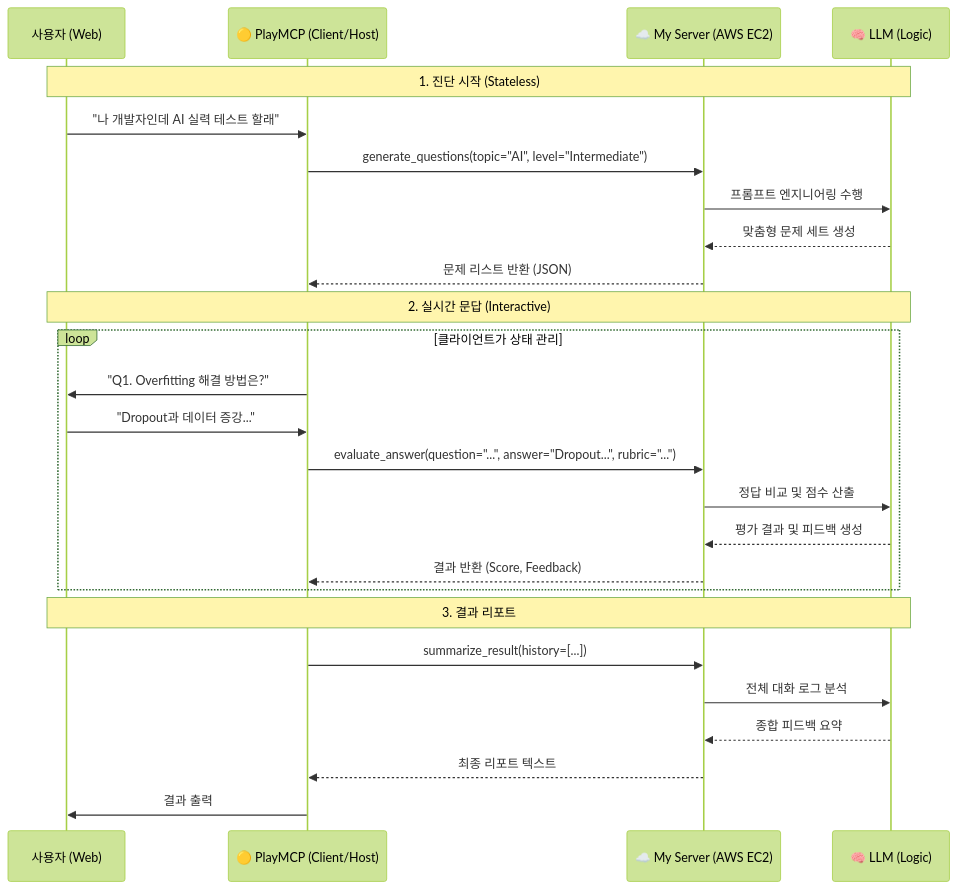
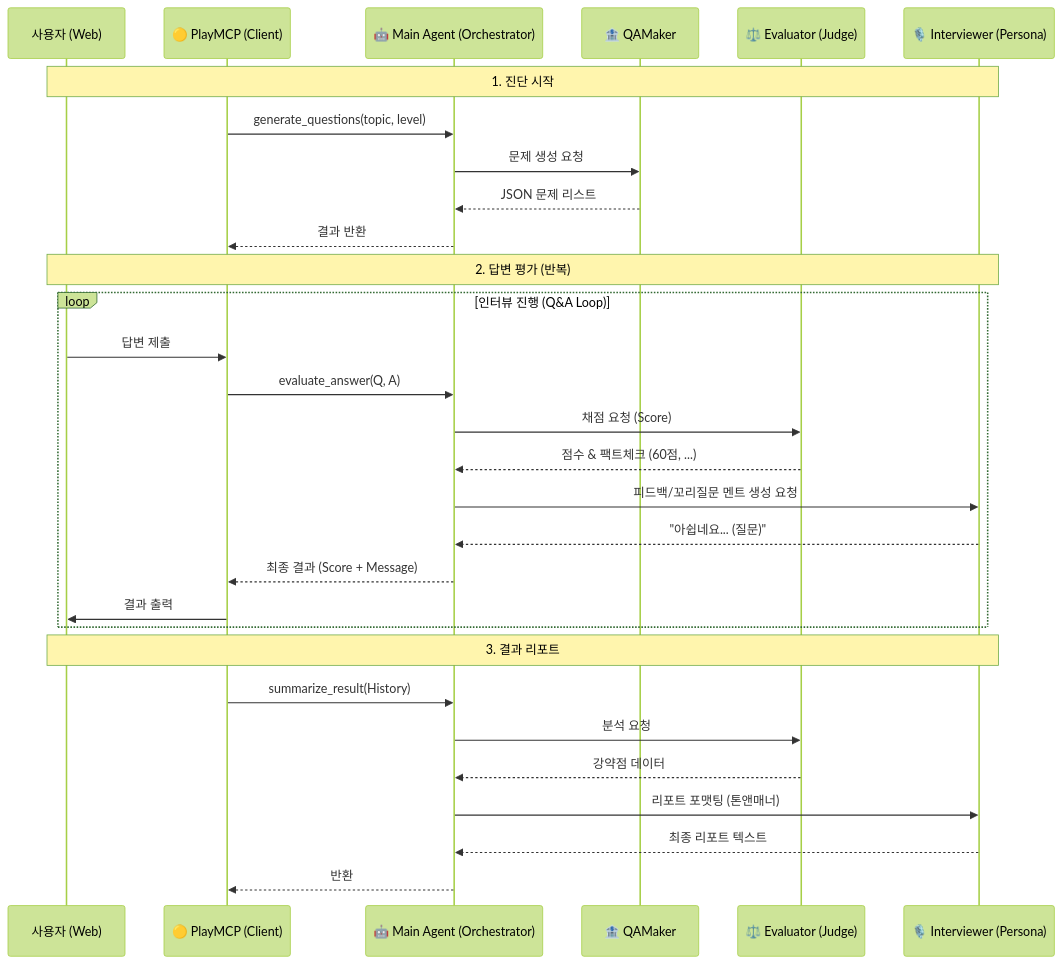
The diagram in docs/2_design/mcp_server.md (haebo9/ai_techtree_project), drawn with Mermaid (forest theme) before and after one commit. The commit also changed other lines of this file, not shown here.

Commit message:
feat : mcp + agent 설계 수정

````diff
--- a/docs/2_design/mcp_server.md
+++ b/docs/2_design/mcp_server.md
@@ -11,32 +11,35 @@
 ```mermaid
 sequenceDiagram
     participant User as 사용자 (Web)
-    participant PlayMCP as 🟡 PlayMCP (Client/Host)
-    participant MyServer as ☁️ My Server (AWS EC2)
-    participant LLM as 🧠 LLM (Logic)
+    participant PlayMCP as 🟡 PlayMCP (Client)
+    participant Main as 🤖 Main Agent (Orchestrator)
+    participant QA as 🏦 QAMaker
+    participant Eval as ⚖️ Evaluator (Judge)
+    participant Inter as 🎙️ Interviewer (Persona)
 
-    Note over User, LLM: 1. 진단 시작 (Stateless)
-    User->>PlayMCP: "나 개발자인데 AI 실력 테스트 할래"
-    PlayMCP->>MyServer: generate_questions(topic="AI", level="Intermediate")
-    MyServer->>LLM: 프롬프트 엔지니어링 수행
-    LLM-->>MyServer: 맞춤형 문제 세트 생성
-    MyServer-->>PlayMCP: 문제 리스트 반환 (JSON)
+    Note over User, Inter: 1. 진단 시작
+    PlayMCP->>Main: generate_questions(topic, level)
+    Main->>QA: 문제 생성 요청
+    QA-->>Main: JSON 문제 리스트
+    Main-->>PlayMCP: 결과 반환
 
-    Note over User, LLM: 2. 실시간 문답 (Interactive)
-    loop 클라이언트가 상태 관리
-        PlayMCP->>User: "Q1. Overfitting 해결 방법은?"
-        User->>PlayMCP: "Dropout과 데이터 증강..."
-        
-        PlayMCP->>MyServer: evaluate_answer(question="...", answer="Dropout...", rubric="...")
-        MyServer->>LLM: 정답 비교 및 점수 산출
-        LLM-->>MyServer: 평가 결과 및 피드백 생성
-        MyServer-->>PlayMCP: 결과 반환 (Score, Feedback)
+    Note over User, Inter: 2. 답변 평가 (반복)
+    loop 인터뷰 진행 (Q&A Loop)
+        User->>PlayMCP: 답변 제출
+        PlayMCP->>Main: evaluate_answer(Q, A)
+        Main->>Eval: 채점 요청 (Score)
+        Eval-->>Main: 점수 & 팩트체크 (60점, ...)
+        Main->>Inter: 피드백/꼬리질문 멘트 생성 요청
+        Inter-->>Main: "아쉽네요... (질문)"
+        Main-->>PlayMCP: 최종 결과 (Score + Message)
+        PlayMCP->>User: 결과 출력
     end
 
-    Note over User, LLM: 3. 결과 리포트
-    PlayMCP->>MyServer: summarize_result(history=[...])
-    MyServer->>LLM: 전체 대화 로그 분석
-    LLM-->>MyServer: 종합 피드백 요약
-    MyServer-->>PlayMCP: 최종 리포트 텍스트
-    PlayMCP->>User: 결과 출력
+    Note over User, Inter: 3. 결과 리포트
+    PlayMCP->>Main: summarize_result(History)
+    Main->>Eval: 분석 요청
+    Eval-->>Main: 강약점 데이터
+    Main->>Inter: 리포트 포맷팅 (톤앤매너)
+    Inter-->>Main: 최종 리포트 텍스트
+    Main-->>PlayMCP: 반환
 ```
````
